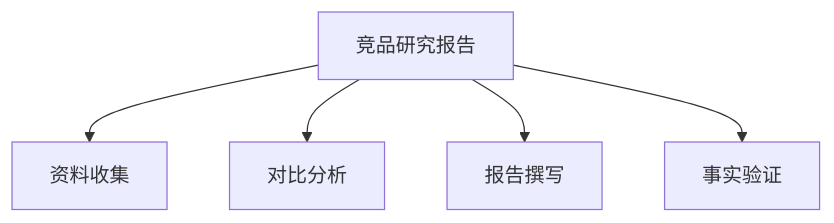
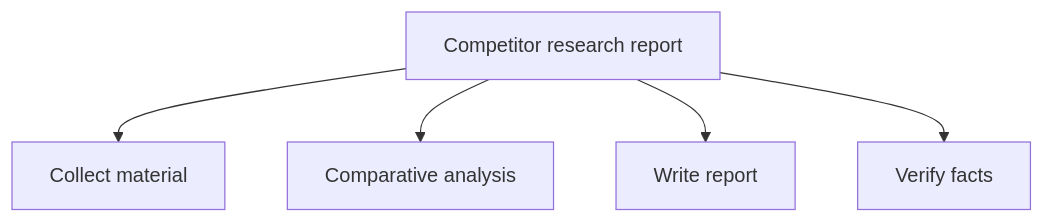
Diagram 14 of 16 in docs/agent/02-reasoning-planning/06-task-decomposition.md (oneleaveknowsthefall/awesome-ai-roadmap), drawn with Mermaid before and after one commit. The commit also changed other lines of this file and 68 other files, not shown here.

````diff
--- a/docs/agent/02-reasoning-planning/06-task-decomposition.md
+++ b/docs/agent/02-reasoning-planning/06-task-decomposition.md
@@ -826,7 +830,7 @@
 ```mermaid
 flowchart TB
-    G[竞品研究报告] --> R[资料收集]
-    G --> A[对比分析]
-    G --> W[报告撰写]
-    G --> V[事实验证]
+    G[Competitor research report] --> R[Collect material]
+    G --> A[Comparative analysis]
+    G --> W[Write report]
+    G --> V[Verify facts]
 ```
````
